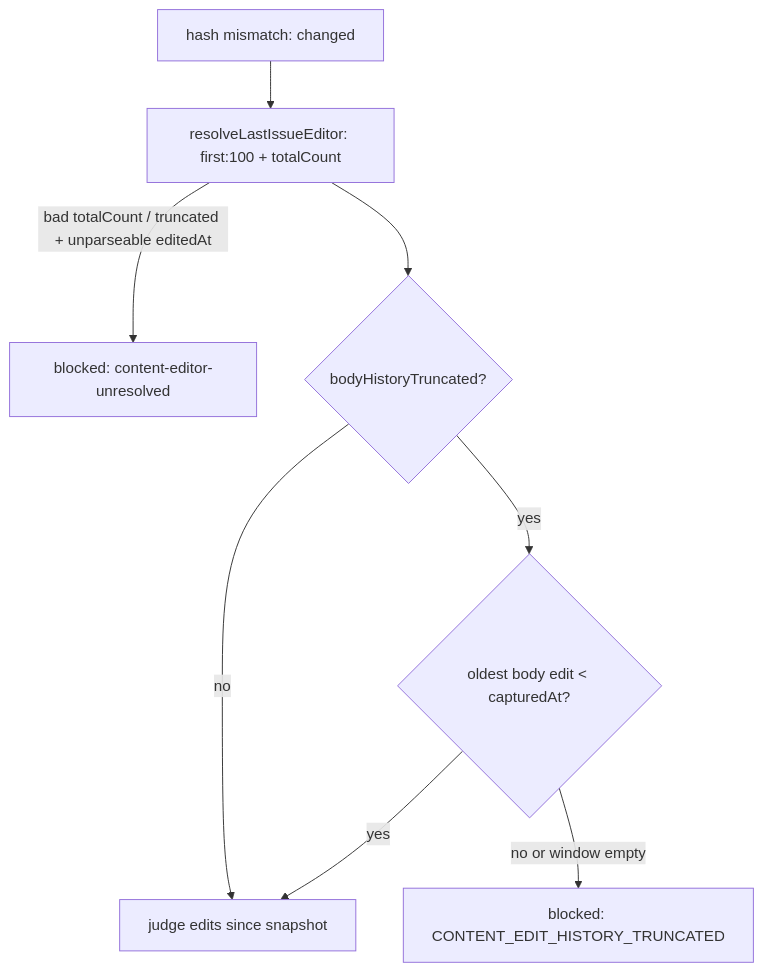
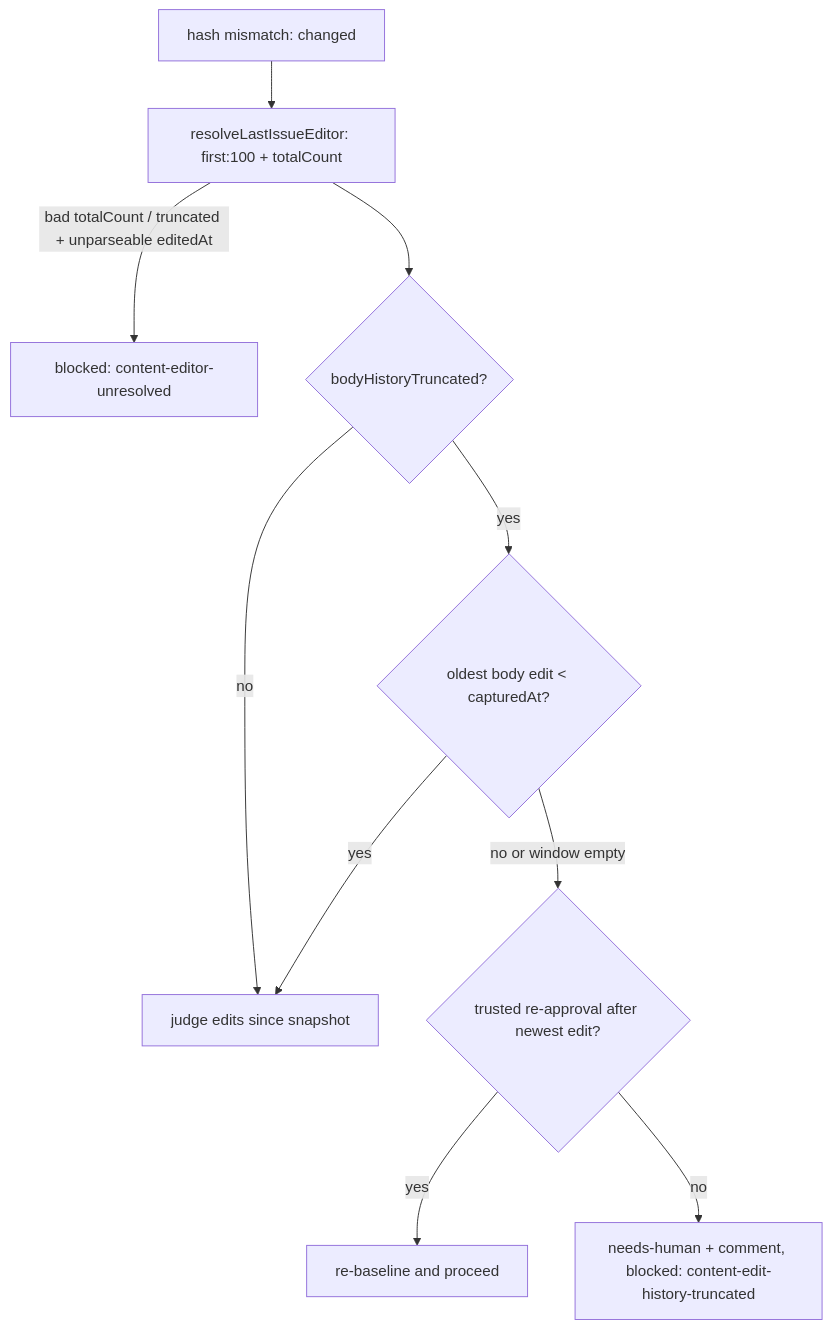
One commit to stSoftwareAU/VibeCoder changed the diagram in docs/archive/pr-summaries/pr-summary-4804.md. Above: the diagram before and after it, drawn with Mermaid. The commit also changed other lines of this file and 6 other files, not shown here.

First line of the commit message:
Give truncated body-edit history its own escalated skip reason (PR #4944 review)

````diff
--- a/docs/archive/pr-summaries/pr-summary-4804.md
+++ b/docs/archive/pr-summaries/pr-summary-4804.md
@@ -50,10 +56,12 @@
 ```mermaid
 flowchart TD
     A[hash mismatch: changed] --> B[resolveLastIssueEditor: first:100 + totalCount]
     B -->|bad totalCount / truncated + unparseable editedAt| X[blocked: content-editor-unresolved]
     B --> C{bodyHistoryTruncated?}
     C -->|no| E[judge edits since snapshot]
     C -->|yes| D{oldest body edit < capturedAt?}
-    D -->|no or window empty| T[blocked: CONTENT_EDIT_HISTORY_TRUNCATED]
+    D -->|no or window empty| R{trusted re-approval after newest edit?}
+    R -->|yes| P[re-baseline and proceed]
+    R -->|no| T[needs-human + comment, blocked: content-edit-history-truncated]
     D -->|yes| E
 ```
````
